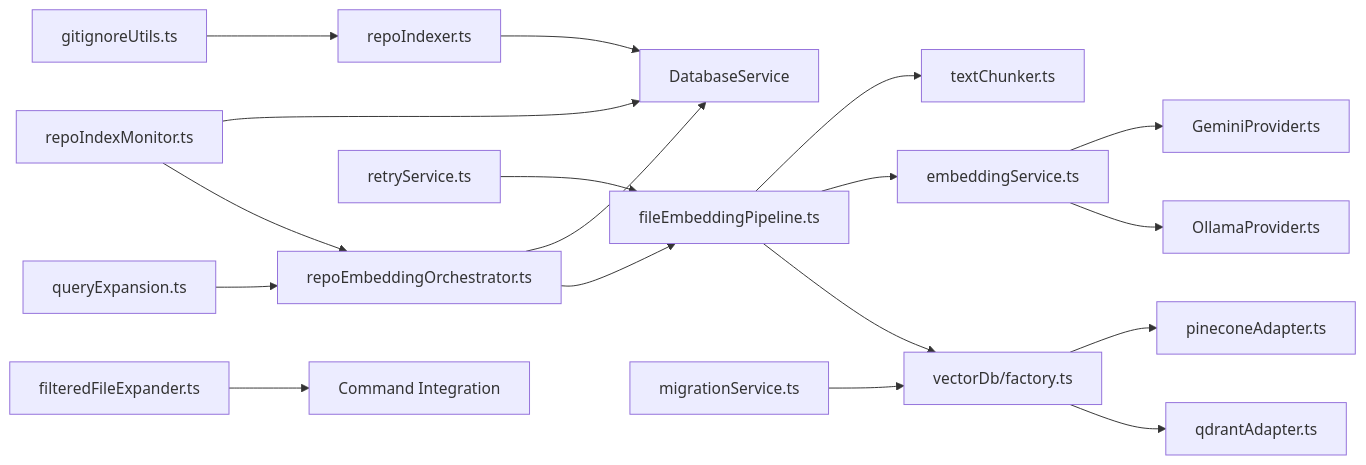
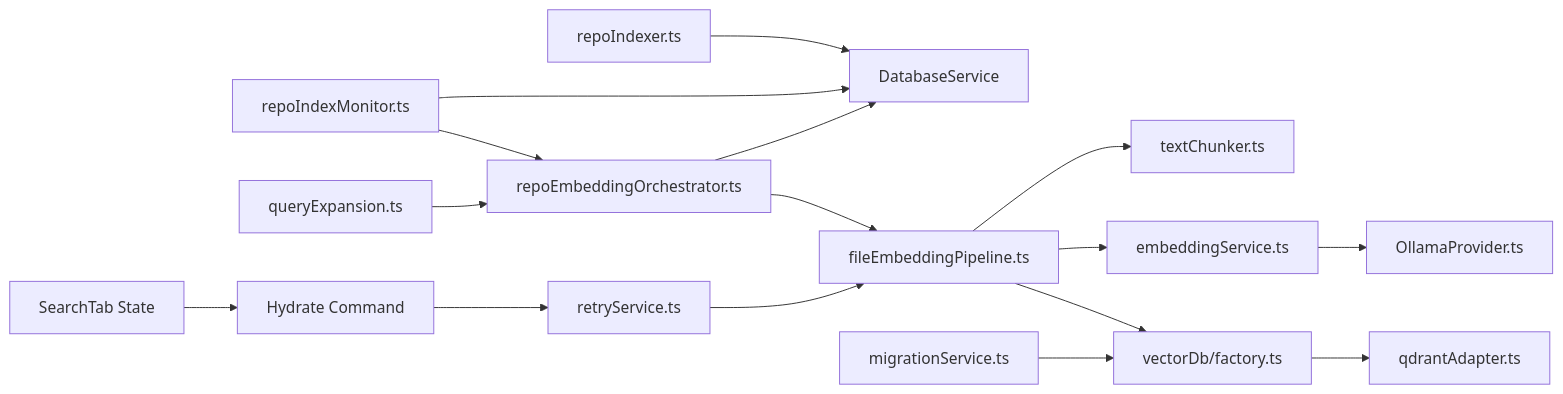
Before and after one commit to bramburn/repomix-runner: diagram 15 of 15 in .qoder/repowiki/en/content/Indexing and Search System/Indexing and Search System.md, drawn with Mermaid. The commit also changed other lines of this file and 41 other files, not shown here.

````diff
--- a/.qoder/repowiki/en/content/Indexing and Search System/Indexing and Search System.md
+++ b/.qoder/repowiki/en/content/Indexing and Search System/Indexing and Search System.md
@@ -588,20 +577,18 @@
 ```mermaid
 graph LR
 RI["repoIndexer.ts"] --> DB["DatabaseService"]
 REO["repoEmbeddingOrchestrator.ts"] --> DB
 REO --> FEP["fileEmbeddingPipeline.ts"]
 FEP --> TC["textChunker.ts"]
 FEP --> ES["embeddingService.ts"]
-ES --> GP["GeminiProvider.ts"]
 ES --> OP["OllamaProvider.ts"]
 FEP --> VF["vectorDb/factory.ts"]
-VF --> PCA["pineconeAdapter.ts"]
 VF --> QDA["qdrantAdapter.ts"]
 RP["repoIndexMonitor.ts"] --> DB
 RP --> REO
 RS["retryService.ts"] --> FEP
 MS["migrationService.ts"] --> VF
 QE["queryExpansion.ts"] --> REO
-GIF["gitignoreUtils.ts"] --> RI
-FFE["filteredFileExpander.ts"] --> CMD["Command Integration"]
+ST["SearchTab State"] --> HW["Hydrate Command"]
+HW --> RS
 ```
````
